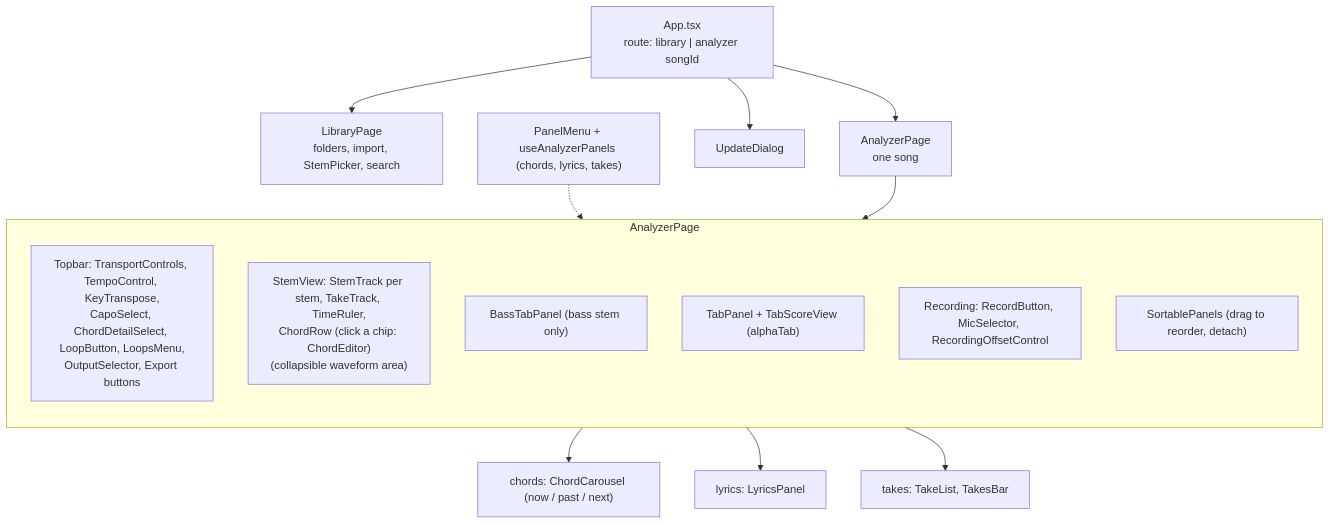
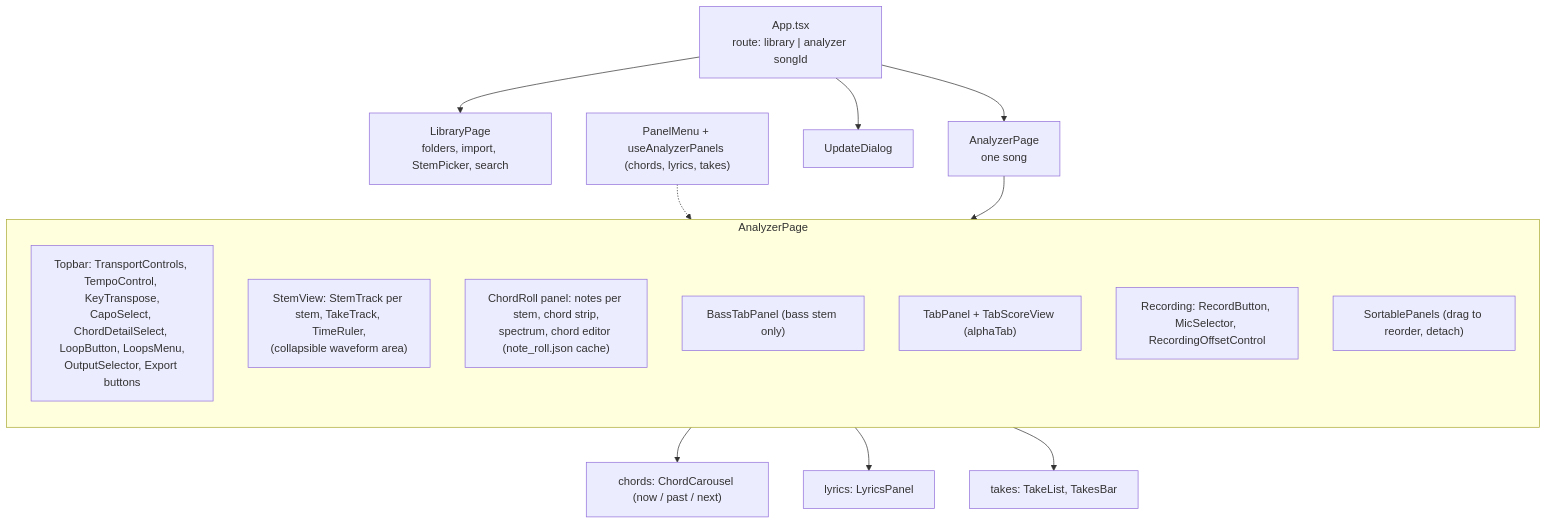
Before and after one commit to giamat90/SongPracticeStudio: the second of 15 diagrams in wiki/uml.md, drawn with Mermaid. The commit also changed other lines of this file, not shown here.

First line of the commit message:
docs: uml.md follows the chord roll (no chord row; the roll holds the strip, editor and spectrum)

````diff
--- a/wiki/uml.md
+++ b/wiki/uml.md
@@ -69,23 +69,24 @@
 ```mermaid
 flowchart TB
     APP["App.tsx<br/>route: library | analyzer songId"]
     APP --> LP["LibraryPage<br/>folders, import, StemPicker, search"]
     APP --> AP["AnalyzerPage<br/>one song"]
     APP --> UD["UpdateDialog"]
 
     subgraph ap["AnalyzerPage"]
         direction TB
         TOP["Topbar: TransportControls, TempoControl, KeyTranspose,<br/>CapoSelect, ChordDetailSelect, LoopButton, LoopsMenu,<br/>OutputSelector, Export buttons"]
-        SV["StemView: StemTrack per stem, TakeTrack, TimeRuler,<br/>ChordRow (click a chip: ChordEditor)<br/>(collapsible waveform area)"]
+        SV["StemView: StemTrack per stem, TakeTrack, TimeRuler,<br/>(collapsible waveform area)"]
+        CR["ChordRoll panel: notes per stem, chord strip,<br/>spectrum, chord editor (note_roll.json cache)"]
         BT["BassTabPanel (bass stem only)"]
         TB["TabPanel + TabScoreView (alphaTab)"]
         REC["Recording: RecordButton, MicSelector, RecordingOffsetControl"]
         SP["SortablePanels (drag to reorder, detach)"]
     end
     AP --> ap
     SP --> P1["chords: ChordCarousel (now / past / next)"]
     SP --> P2["lyrics: LyricsPanel"]
     SP --> P3["takes: TakeList, TakesBar"]
     PM["PanelMenu + useAnalyzerPanels (chords, lyrics, takes)"]
     PM -.-> SP
 ```
````
